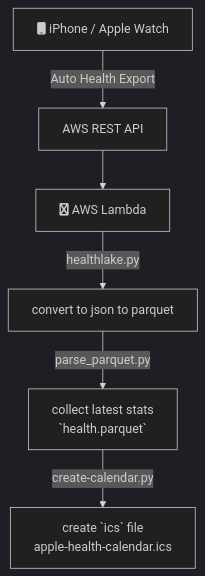
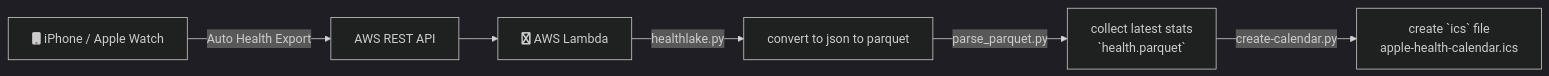
One commit to namtonthat/apple-health-data changed the first of 2 diagrams in README.md. Above: the diagram before and after it, drawn with Mermaid (dark theme). The commit also changed other lines of this file and 7 other files, not shown here.

````diff
--- a/README.md
+++ b/README.md
@@ -4,8 +6,8 @@
 ```mermaid
-graph TD
+graph LR
     A[fa:fa-mobile iPhone / Apple Watch] -->|Auto Health Export|B
     B[AWS REST API] --> C[fa:fa-aws AWS Lambda]
     C -->|healthlake.py| D[convert to json to parquet]
     D -->|parse_parquet.py| E[collect latest stats <br> `health.parquet`]
     E -->|create-calendar.py| F[create `ics` file <br> apple-health-calendar.ics]
 ```
````
